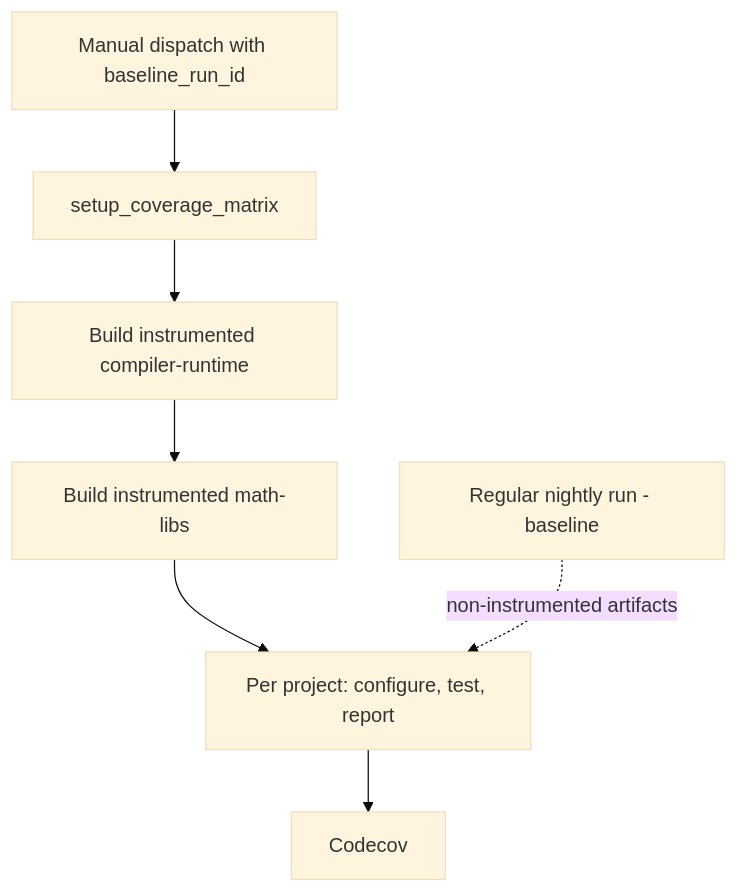
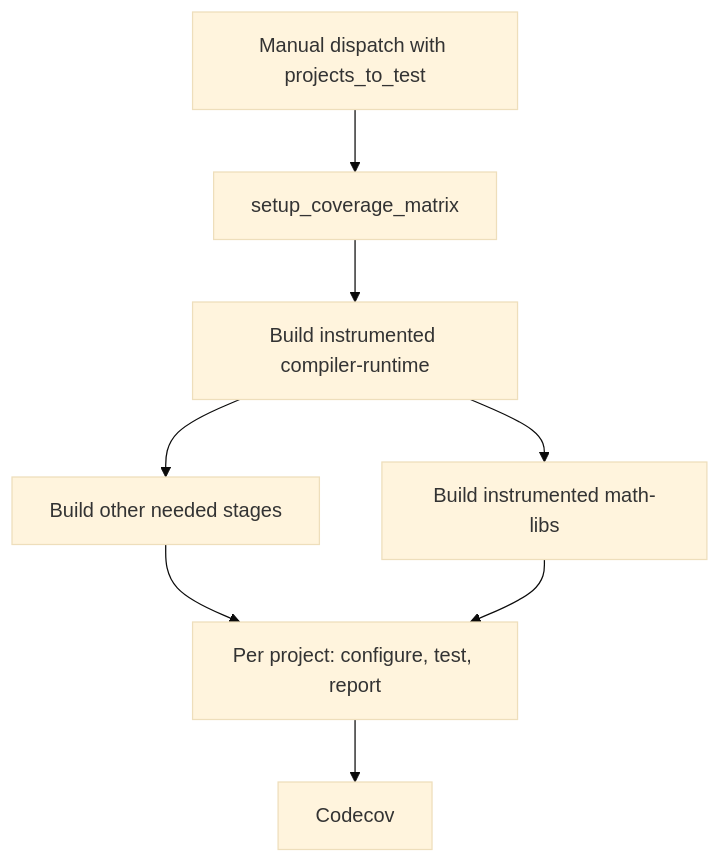
One commit to ROCm/TheRock changed the diagram in docs/development/code_coverage_flows.md. Above: the diagram before and after it, drawn with Mermaid (base theme). The commit also changed other lines of this file and 5 other files, not shown here.

````diff
--- a/docs/development/code_coverage_flows.md
+++ b/docs/development/code_coverage_flows.md
@@ -11,9 +11,10 @@
 ```mermaid
 graph TD
-    dispatch[Manual dispatch with baseline_run_id] --> matrix[setup_coverage_matrix]
+    dispatch[Manual dispatch with projects_to_test] --> matrix[setup_coverage_matrix]
     matrix --> compilerRuntime[Build instrumented compiler-runtime]
+    compilerRuntime --> generic[Build other needed stages]
     compilerRuntime --> mathLibs[Build instrumented math-libs]
-    mathLibs --> report[Per project: configure, test, report]
-    nightly[Regular nightly run - baseline] -.->|non-instrumented artifacts| report
+    generic --> report[Per project: configure, test, report]
+    mathLibs --> report
     report --> codecov[Codecov]
 ```
````
